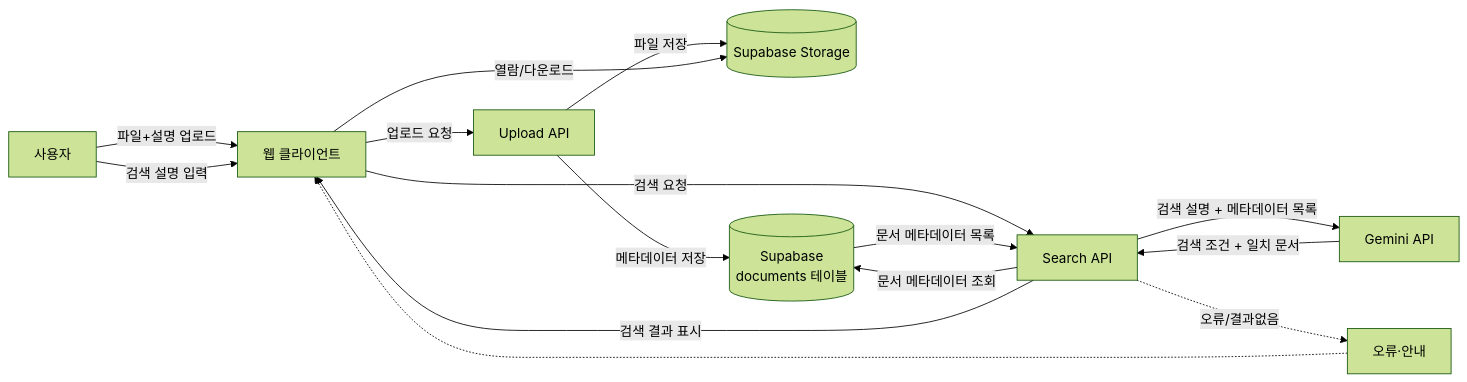
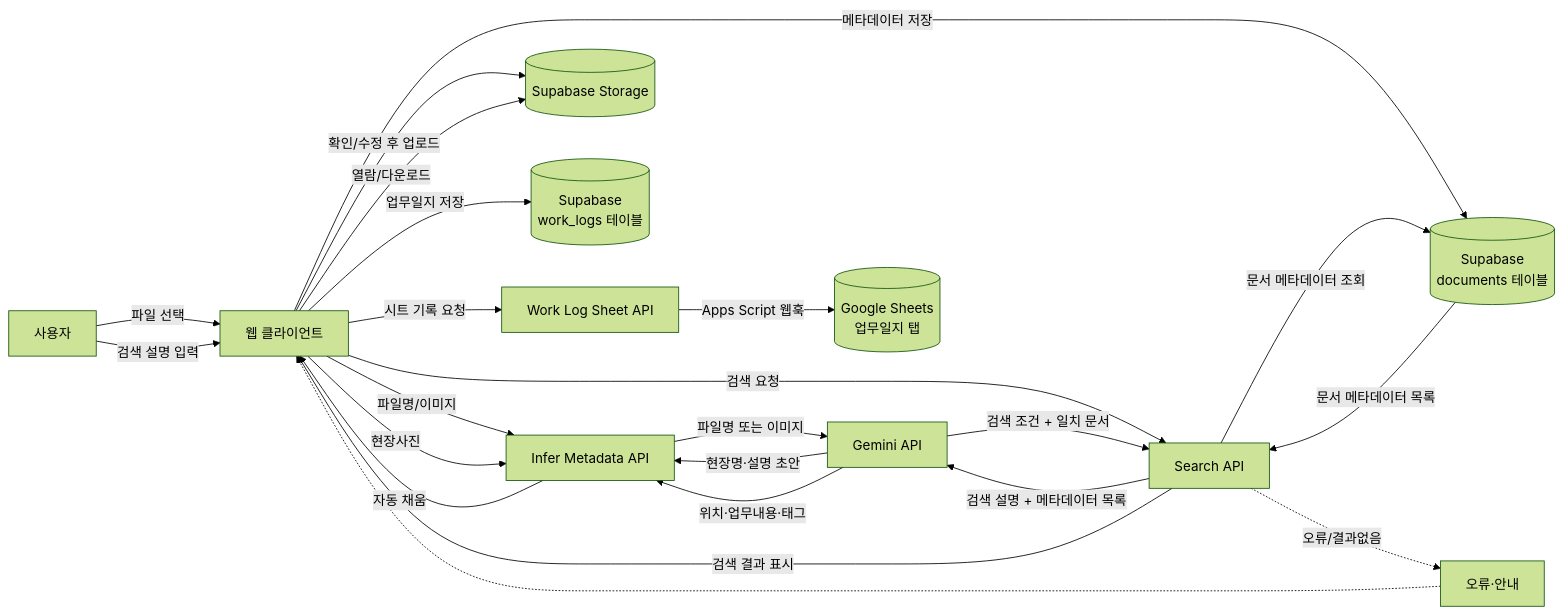
One commit to ThanksZ-hash/javis changed the diagram in 기획서.md. Above: the diagram before and after it, drawn with Mermaid (forest theme). The commit also changed other lines of this file and 25 other files, not shown here.

First line of the commit message:
Add auth, work-log photo pipeline, and browse view

````diff
--- a/기획서.md
+++ b/기획서.md
@@ -137,18 +170,26 @@
 ```mermaid
 flowchart LR
-    U[사용자] -->|파일+설명 업로드| WEB[웹 클라이언트]
-    WEB -->|업로드 요청| UPI[Upload API]
-    UPI -->|파일 저장| STG[(Supabase Storage)]
-    UPI -->|메타데이터 저장| DB[(Supabase\ndocuments 테이블)]
+    U[사용자] -->|파일 선택| WEB[웹 클라이언트]
+    WEB -->|파일명/이미지| IAPI[Infer Metadata API]
+    IAPI -->|파일명 또는 이미지| AI[Gemini API]
+    AI -->|현장명·설명 초안| IAPI
+    IAPI -->|자동 채움| WEB
+    WEB -->|확인/수정 후 업로드| STG[(Supabase Storage)]
+    WEB -->|메타데이터 저장| DB[(Supabase\ndocuments 테이블)]
+    WEB -->|현장사진| IAPI
+    AI -->|위치·업무내용·태그| IAPI
+    WEB -->|업무일지 저장| WDB[(Supabase\nwork_logs 테이블)]
+    WEB -->|시트 기록 요청| WAPI[Work Log Sheet API]
+    WAPI -->|Apps Script 웹훅| SHEET[(Google Sheets\n업무일지 탭)]
 
     U -->|검색 설명 입력| WEB
     WEB -->|검색 요청| SAPI[Search API]
     SAPI -->|문서 메타데이터 조회| DB
     DB -->|문서 메타데이터 목록| SAPI
-    SAPI -->|검색 설명 + 메타데이터 목록| AI[Gemini API]
+    SAPI -->|검색 설명 + 메타데이터 목록| AI
     AI -->|검색 조건 + 일치 문서| SAPI
     SAPI -->|검색 결과 표시| WEB
     WEB -->|열람/다운로드| STG
     SAPI -.오류/결과없음.-> ERR[오류·안내]
     ERR -.-> WEB
 ```
````
